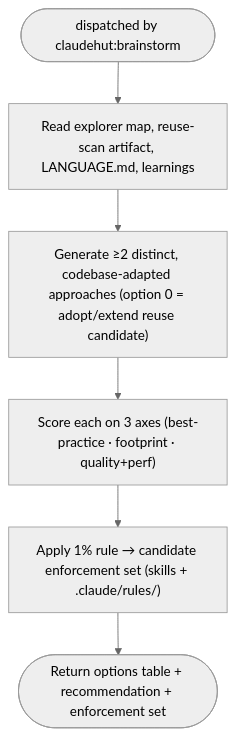
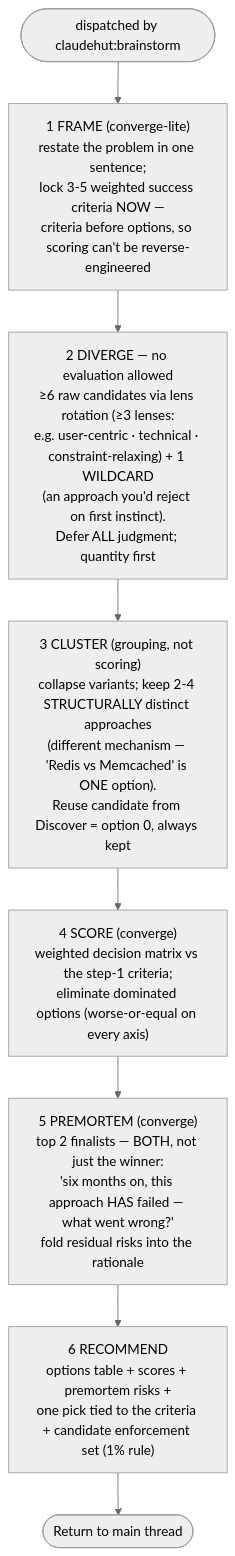
The diagram in agents/claudehut-brainstormer.md (taipt1504/claudehut), drawn with Mermaid (neutral theme) before and after one commit. The commit also changed other lines of this file and 32 other files, not shown here.

````diff
--- a/agents/claudehut-brainstormer.md
+++ b/agents/claudehut-brainstormer.md
@@ -19,8 +26,10 @@
 ```mermaid
 flowchart TB
-    a([dispatched by claudehut:brainstorm]) --> read["Read explorer map, reuse-scan artifact, LANGUAGE.md, learnings"]
-    read --> gen["Generate ≥2 distinct, codebase-adapted approaches (option 0 = adopt/extend reuse candidate)"]
-    gen --> score["Score each on 3 axes (best-practice · footprint · quality+perf)"]
-    score --> enf["Apply 1% rule → candidate enforcement set (skills + .claude/rules/)"]
-    enf --> out([Return options table + recommendation + enforcement set])
+    a([dispatched by claudehut:brainstorm]) --> frame["1 FRAME (converge-lite)<br/>restate the problem in one sentence;<br/>lock 3-5 weighted success criteria NOW —<br/>criteria before options, so scoring can't be reverse-engineered"]
+    frame --> div["2 DIVERGE — no evaluation allowed<br/>≥6 raw candidates via lens rotation (≥3 lenses:<br/>e.g. user-centric · technical · constraint-relaxing) + 1 WILDCARD<br/>(an approach you'd reject on first instinct).<br/>Defer ALL judgment; quantity first"]
+    div --> clus["3 CLUSTER (grouping, not scoring)<br/>collapse variants; keep 2-4 STRUCTURALLY distinct approaches<br/>(different mechanism — 'Redis vs Memcached' is ONE option).<br/>Reuse candidate from Discover = option 0, always kept"]
+    clus --> score["4 SCORE (converge)<br/>weighted decision matrix vs the step-1 criteria;<br/>eliminate dominated options (worse-or-equal on every axis)"]
+    score --> pre["5 PREMORTEM (converge)<br/>top 2 finalists — BOTH, not just the winner:<br/>'six months on, this approach HAS failed — what went wrong?'<br/>fold residual risks into the rationale"]
+    pre --> rec["6 RECOMMEND<br/>options table + scores + premortem risks +<br/>one pick tied to the criteria + candidate enforcement set (1% rule)"]
+    rec --> out([Return to main thread])
 ```
````
